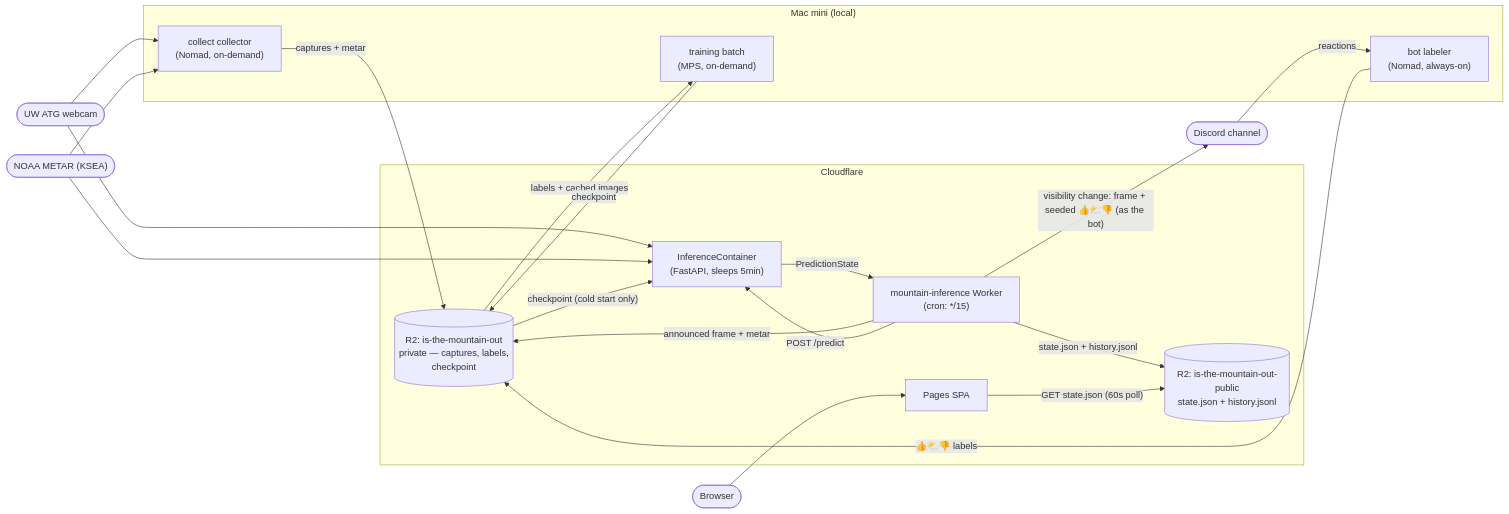
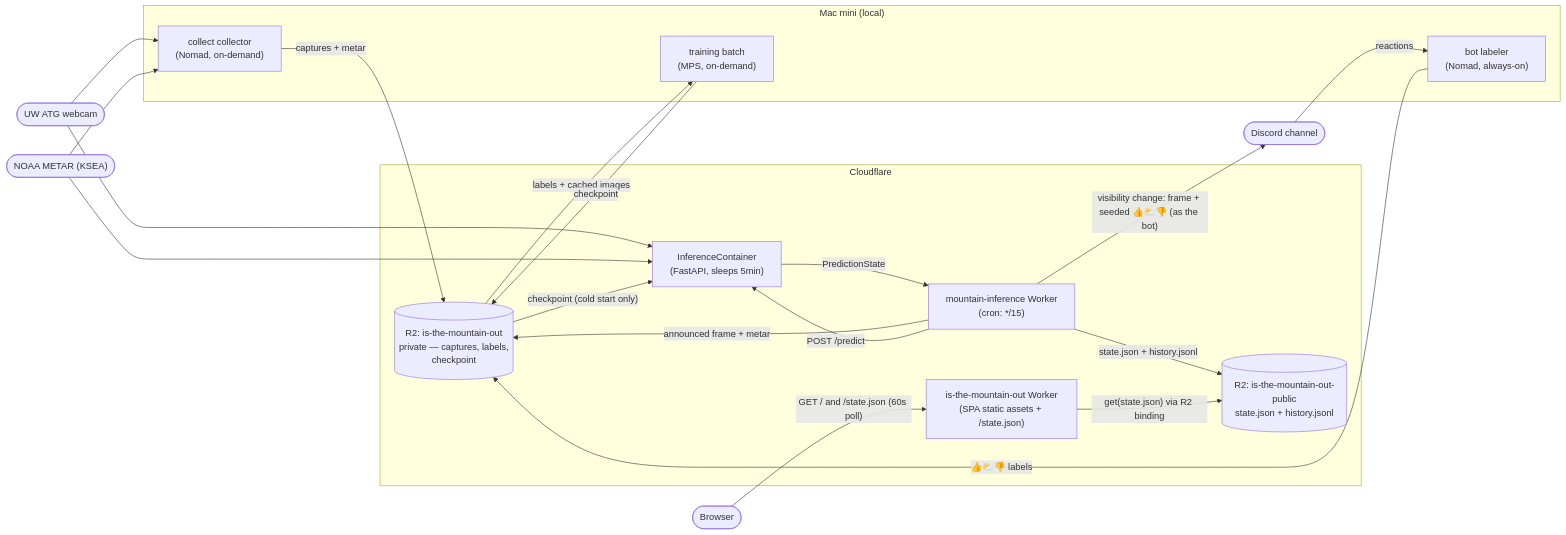
One commit to robogeosociety/is-the-mountain-out changed the first of 3 diagrams in README.md. Above: the diagram before and after it, drawn with Mermaid. The commit also changed other lines of this file and 19 other files, not shown here.

````diff
--- a/README.md
+++ b/README.md
@@ -13,38 +64,38 @@
 ```mermaid
 flowchart LR
   subgraph local["Mac mini (local)"]
     collector["collect collector<br/>(Nomad, on-demand)"]
     labeler["bot labeler<br/>(Nomad, always-on)"]
     trainer["training batch<br/>(MPS, on-demand)"]
   end
 
   subgraph cf["Cloudflare"]
     worker["mountain-inference Worker<br/>(cron: */15)"]
     container["InferenceContainer<br/>(FastAPI, sleeps 5min)"]
     r2priv[("R2: is-the-mountain-out<br/>private — captures, labels,<br/>checkpoint")]
     r2pub[("R2: is-the-mountain-out-public<br/>state.json + history.jsonl")]
-    pages["Pages SPA"]
+    site["is-the-mountain-out Worker<br/>(SPA static assets + /state.json)"]
   end
 
   webcam(["UW ATG webcam"]) --> collector
   metar(["NOAA METAR (KSEA)"]) --> collector
   collector -- "captures + metar" --> r2priv
 
   worker -- "visibility change: frame + seeded 👍⛅👎 (as the bot)" --> discord(["Discord channel"])
   worker -- "announced frame + metar" --> r2priv
   discord -- "reactions" --> labeler
   labeler -- "👍⛅👎 labels" --> r2priv
 
   r2priv -- "labels + cached images" --> trainer
   trainer -- "checkpoint" --> r2priv
 
   worker -- "POST /predict" --> container
   webcam --> container
   metar --> container
   r2priv -- "checkpoint (cold start only)" --> container
   container -- "PredictionState" --> worker
   worker -- "state.json + history.jsonl" --> r2pub
 
-  browser(["Browser"]) --> pages
-  pages -- "GET state.json (60s poll)" --> r2pub
+  browser(["Browser"]) -- "GET / and /state.json (60s poll)" --> site
+  site -- "get(state.json) via R2 binding" --> r2pub
 ```
````
